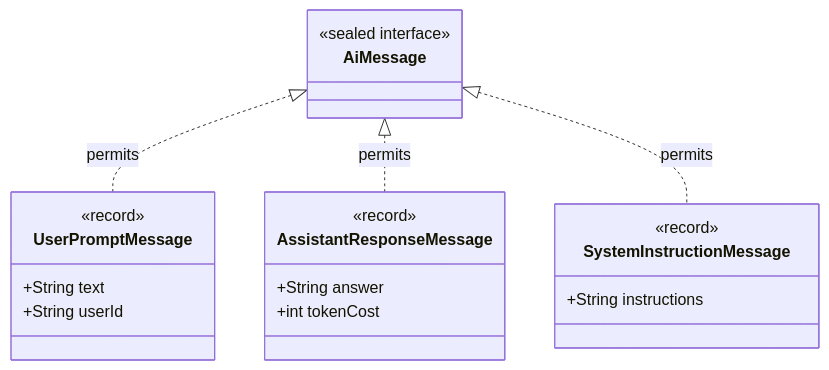
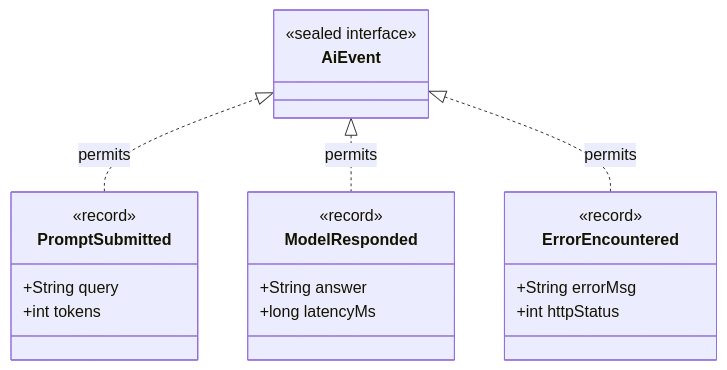
The second of 2 diagrams in Phase_01_Java_Foundations/Day_05_Modern_Java_Records_Optional_Sealed/Day_05_Modern_Java_Records_Optional_Sealed.md (SrinuRenangi/Gen-AI-Java), drawn with Mermaid before and after one commit. The commit also changed other lines of this file and 1 other file, not shown here.

````diff
--- a/Phase_01_Java_Foundations/Day_05_Modern_Java_Records_Optional_Sealed/Day_05_Modern_Java_Records_Optional_Sealed.md
+++ b/Phase_01_Java_Foundations/Day_05_Modern_Java_Records_Optional_Sealed/Day_05_Modern_Java_Records_Optional_Sealed.md
@@ -63,27 +180,28 @@
 ```mermaid
 classDiagram
-    class AiMessage {
+    class AiEvent {
         <<sealed interface>>
     }
 
-    class UserPromptMessage {
+    class PromptSubmitted {
         <<record>>
-        +String text
-        +String userId
+        +String query
+        +int tokens
     }
 
-    class AssistantResponseMessage {
+    class ModelResponded {
         <<record>>
         +String answer
-        +int tokenCost
+        +long latencyMs
     }
 
-    class SystemInstructionMessage {
+    class ErrorEncountered {
         <<record>>
-        +String instructions
+        +String errorMsg
+        +int httpStatus
     }
 
-    AiMessage <|.. UserPromptMessage : permits
-    AiMessage <|.. AssistantResponseMessage : permits
-    AiMessage <|.. SystemInstructionMessage : permits
+    AiEvent <|.. PromptSubmitted : permits
+    AiEvent <|.. ModelResponded : permits
+    AiEvent <|.. ErrorEncountered : permits
 ```
````
